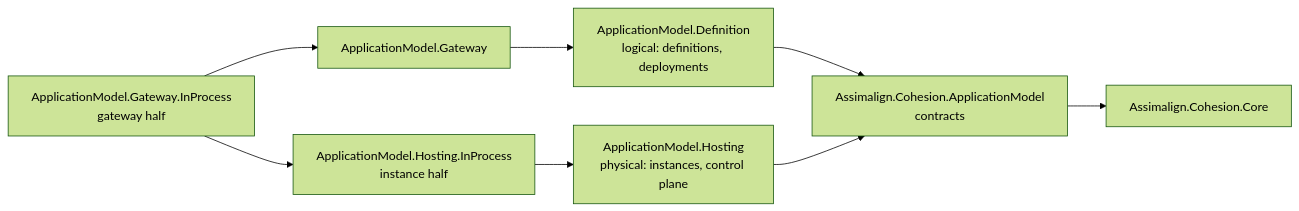
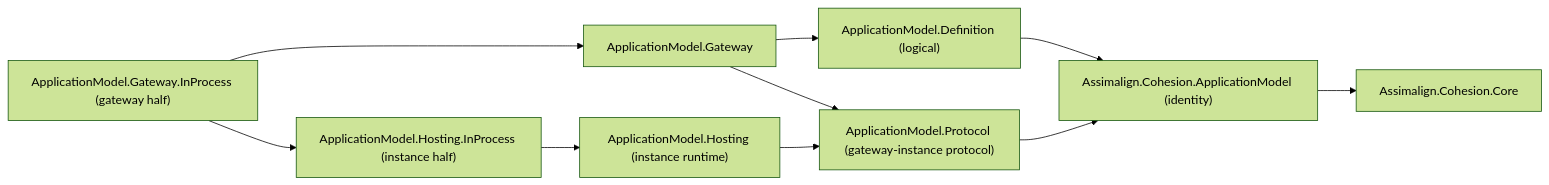
One commit to assimalign/cohesion changed the diagram in libraries/ApplicationModel/Assimalign.Cohesion.ApplicationModel/docs/DESIGN.md. Above: the diagram before and after it, drawn with Mermaid (forest theme). The commit also changed other lines of this file and 219 other files, not shown here.

````diff
--- a/libraries/ApplicationModel/Assimalign.Cohesion.ApplicationModel/docs/DESIGN.md
+++ b/libraries/ApplicationModel/Assimalign.Cohesion.ApplicationModel/docs/DESIGN.md
@@ -22,10 +27,12 @@
 ```mermaid
 flowchart LR
-    Gateway["ApplicationModel.Gateway"] --> Definition["ApplicationModel.Definition<br/>logical: definitions, deployments"]
-    Definition --> Contracts["Assimalign.Cohesion.ApplicationModel<br/>contracts"]
-    Hosting["ApplicationModel.Hosting<br/>physical: instances, control plane"] --> Contracts
-    Contracts --> Core["Assimalign.Cohesion.Core"]
-    HostingInProcess["ApplicationModel.Hosting.InProcess<br/>instance half"] --> Hosting
-    GatewayInProcess["ApplicationModel.Gateway.InProcess<br/>gateway half"] --> Gateway
+    Gateway["ApplicationModel.Gateway"] --> Definition["ApplicationModel.Definition (logical)"]
+    Gateway --> Protocol["ApplicationModel.Protocol (gateway-instance protocol)"]
+    Definition --> Identity["Assimalign.Cohesion.ApplicationModel (identity)"]
+    Protocol --> Identity
+    Hosting["ApplicationModel.Hosting (instance runtime)"] --> Protocol
+    Identity --> Core["Assimalign.Cohesion.Core"]
+    HostingInProcess["ApplicationModel.Hosting.InProcess (instance half)"] --> Hosting
+    GatewayInProcess["ApplicationModel.Gateway.InProcess (gateway half)"] --> Gateway
     GatewayInProcess --> HostingInProcess
 ```
````
